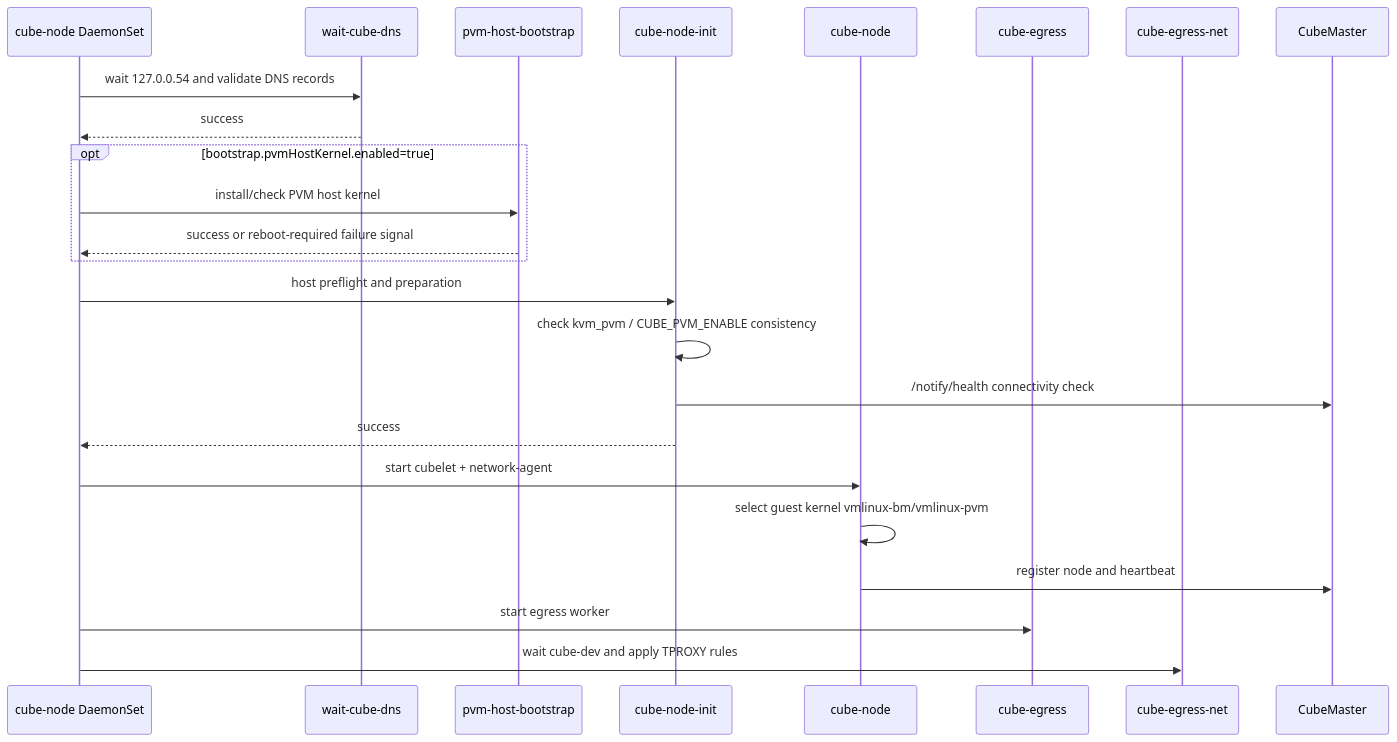
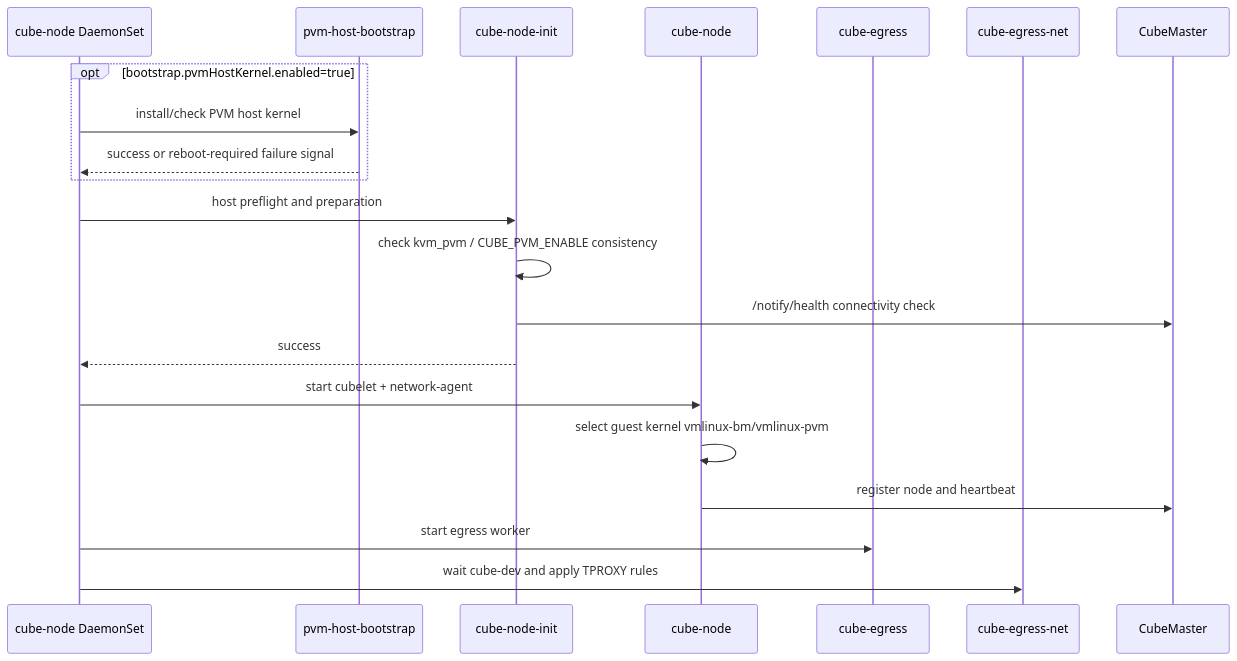
Before and after one commit to TencentCloud/CubeSandbox: the fifth of 11 diagrams in deploy/kubernetes/chart/docs/ARCHITECTURE.md, drawn with Mermaid. The commit also changed other lines of this file and 12 other files, not shown here.

First line of the commit message:
refactor(kubernetes): replace node-local cube-dns with cluster CoreDNS integration

````diff
--- a/deploy/kubernetes/chart/docs/ARCHITECTURE.md
+++ b/deploy/kubernetes/chart/docs/ARCHITECTURE.md
@@ -249,27 +234,24 @@
 ```mermaid
 sequenceDiagram
   participant DS as cube-node DaemonSet
-  participant DNS as wait-cube-dns
   participant PVM as pvm-host-bootstrap
   participant INIT as cube-node-init
   participant CN as cube-node
   participant EG as cube-egress
   participant EN as cube-egress-net
   participant CM as CubeMaster
 
-  DS->>DNS: wait 127.0.0.54 and validate DNS records
-  DNS-->>DS: success
   opt bootstrap.pvmHostKernel.enabled=true
     DS->>PVM: install/check PVM host kernel
     PVM-->>DS: success or reboot-required failure signal
   end
   DS->>INIT: host preflight and preparation
   INIT->>INIT: check kvm_pvm / CUBE_PVM_ENABLE consistency
   INIT->>CM: /notify/health connectivity check
   INIT-->>DS: success
   DS->>CN: start cubelet + network-agent
   CN->>CN: select guest kernel vmlinux-bm/vmlinux-pvm
   CN->>CM: register node and heartbeat
   DS->>EG: start egress worker
   DS->>EN: wait cube-dev and apply TPROXY rules
 ```
````
